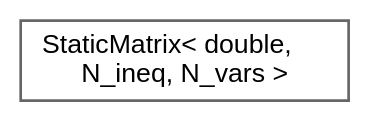
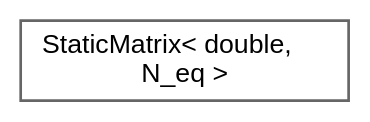
One commit to jswoo0615/Algorithms_for_Optimization_cpp changed the diagram in inherit_graph_103.dot. Above: the diagram before and after it, drawn with Graphviz. The commit also changed 108 other files, not shown here.

```diff
--- a/inherit_graph_103.dot
+++ b/inherit_graph_103.dot
@@ -1,9 +1,9 @@
 digraph "Graphical Class Hierarchy"
 {
  // LATEX_PDF_SIZE
   bgcolor="transparent";
   edge [fontname=Helvetica,fontsize=10,labelfontname=Helvetica,labelfontsize=10];
   node [fontname=Helvetica,fontsize=10,shape=box,height=0.2,width=0.4];
   rankdir="LR";
-  Node0 [id="Node000000",label="StaticMatrix\< double,\l N_ineq, N_vars \>",height=0.2,width=0.4,color="grey40", fillcolor="white", style="filled",URL="$classStaticMatrix.html",tooltip=" "];
+  Node0 [id="Node000000",label="StaticMatrix\< double,\l N_eq \>",height=0.2,width=0.4,color="grey40", fillcolor="white", style="filled",URL="$classStaticMatrix.html",tooltip=" "];
 }
```
